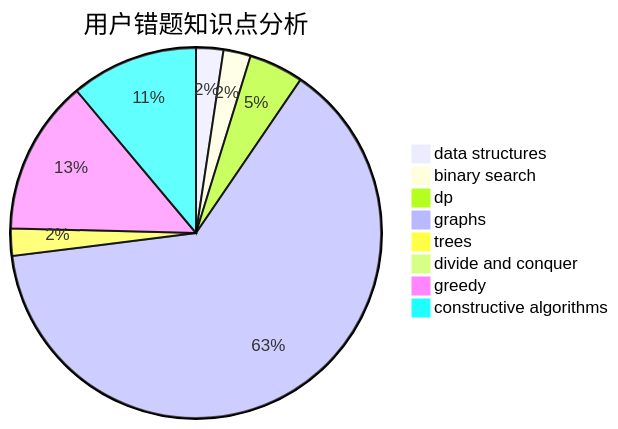
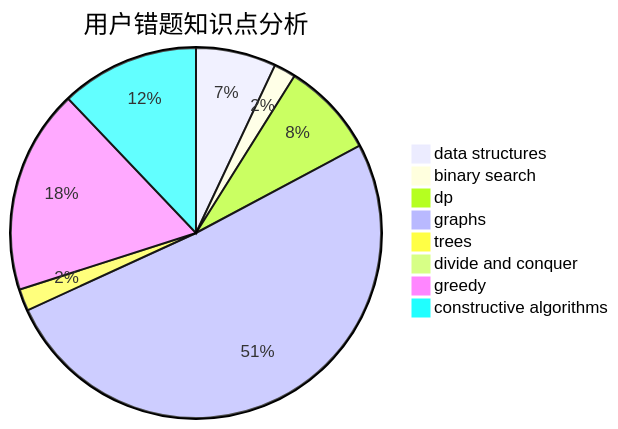
One commit to sherpahu/cfrs.github.io changed the third of 3 diagrams in docs/user/u683.md. Above: the diagram before and after it, drawn with Mermaid. The commit also changed other lines of this file and 2770 other files, not shown here.

````diff
--- a/docs/user/u683.md
+++ b/docs/user/u683.md
@@ -36,11 +36,11 @@
 ```mermaid
 pie title 用户错题知识点分析
-    "data structures" :  3
+    "data structures" :  11
     "binary search" :  3
-    "dp" :  6
+    "dp" :  13
     "graphs" :  80
     "trees" :  3
-    "divide and conquer" :  0
-    "greedy" :  17
-    "constructive algorithms" :  14
+    "divide and conquer" :  1
+    "greedy" :  28
+    "constructive algorithms" :  19
 ```
````
